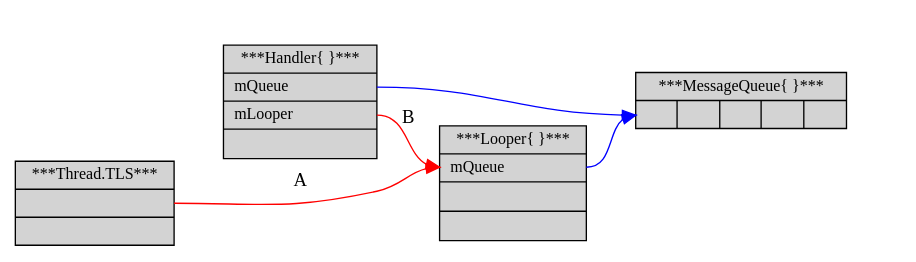
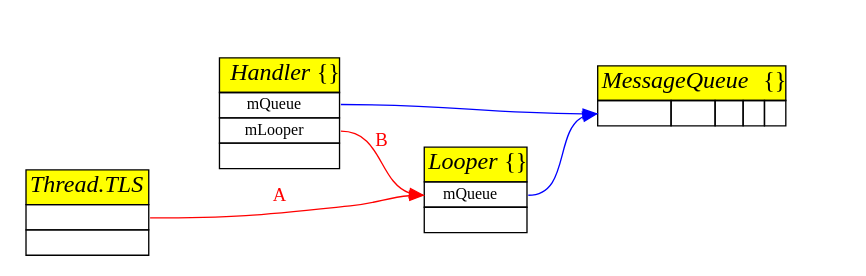
The diagram in Android.handler-1.dot (greatgauss/graphviz_script), drawn with Graphviz before and after one commit. The commit also changed 24 other files, not shown here.

```diff
--- a/Android.handler-1.dot
+++ b/Android.handler-1.dot
@@ -1,28 +1,48 @@
 digraph handler {
-  node [shape=record fontsize=12 fontname="Microsoft YaHei" style=filled];
+  node [shape=plaintext fontsize=12 fontname="Microsoft YaHei"];
   edge[color=blue];
   rankdir=LR;
-  color = lightgray;
-  style=filled;
+
+  node_handler [label=
+  <<TABLE BORDER="0" CELLBORDER="1" CELLSPACING="0">
+    <TR><TD BGCOLOR="yellow"><FONT POINT-SIZE="18"> <I>Handler</I>{}</FONT></TD></TR>
+    <TR><TD PORT="here0">mQueue</TD></TR>
+    <TR><TD PORT="here1">mLooper</TD></TR>
+    <TR><TD> </TD></TR>
+  </TABLE>>];
+
+  node_TLS [label=
+  <<TABLE BORDER="0" CELLBORDER="1" CELLSPACING="0">
+    <TR><TD BGCOLOR="yellow"><FONT POINT-SIZE="18"><I>Thread.TLS</I></FONT></TD></TR>
+    <TR><TD PORT="here"> </TD></TR>
+    <TR><TD> </TD></TR>
+  </TABLE>>];
+
+  node_Looper [label=
+  <<TABLE BORDER="0" CELLBORDER="1" CELLSPACING="0">
+    <TR><TD BGCOLOR="yellow"><FONT POINT-SIZE="18"><I>Looper</I>{}</FONT></TD></TR>
+    <TR><TD PORT="here0">mQueue</TD></TR>
+    <TR><TD> </TD></TR>
+  </TABLE>>];
 
 
-  node_handler [shape=record label= " ***Handler\{ \}*** |<f0>mQueue\l|<f1>mLooper\l|\l"];
-  node_TLS [shape=record label= "***Thread.TLS***|<f0>|"];
-  node_Looper [shape=record label= "***Looper\{ \}***|<f0>mQueue\l|\l|\l"];
-  node_MQ [shape=record label= "***MessageQueue\{ \}***|{<f0>| |  | |} "];
+  node_MQ [label=
+  <<TABLE BORDER="0" CELLBORDER="1" CELLSPACING="0">
+    <TR><TD COLSPAN="5" BGCOLOR="yellow"><FONT POINT-SIZE="18" COLOR="BLACK"><I>MessageQueue</I>{}</FONT></TD></TR>
+    <TR><TD PORT="f0"> </TD><TD> </TD><TD> </TD><TD> </TD><TD> </TD></TR>
+  </TABLE>>];
 
-	node_TLS:f0 -> node_Looper:f0[color=RED, label="A"];
-	node_handler:f1 -> node_Looper:f0[color=RED, label="B"];
-	node_handler:f0 -> node_MQ:f0;
-	node_Looper:f0 ->  node_MQ:f0;
+	node_TLS:here -> node_Looper:here0[color=RED, label="A", fontcolor=RED];
+	node_handler:here1 -> node_Looper:here0[color=RED, label="B", fontcolor=RED];
+	node_handler:here0 -> node_MQ:f0;
+	node_Looper:here0 ->  node_MQ:f0;
 
 	subgraph control {
 	node [shape=point,style=invis]
 	a -> b ->c -> d -> e[style=invis]
 	{rank=same; a; node_TLS;}
 	{rank=same; b; node_handler;}
 	{rank=same; c; node_Looper;}
 	{rank=same; d; node_MQ;}
 	}
-	
 }
```
